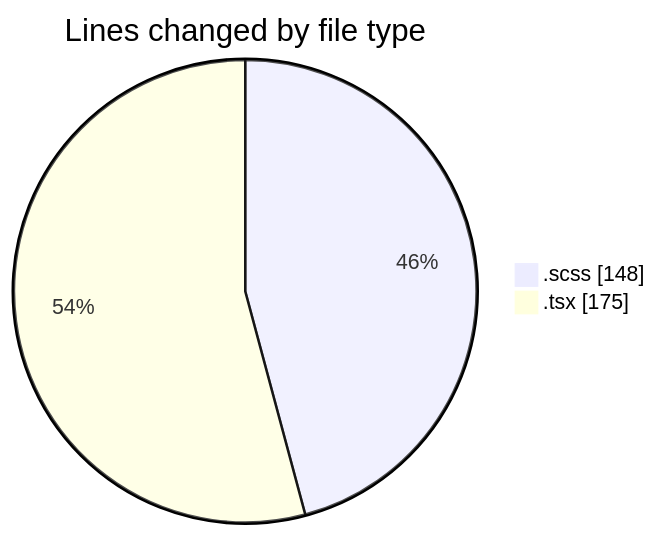
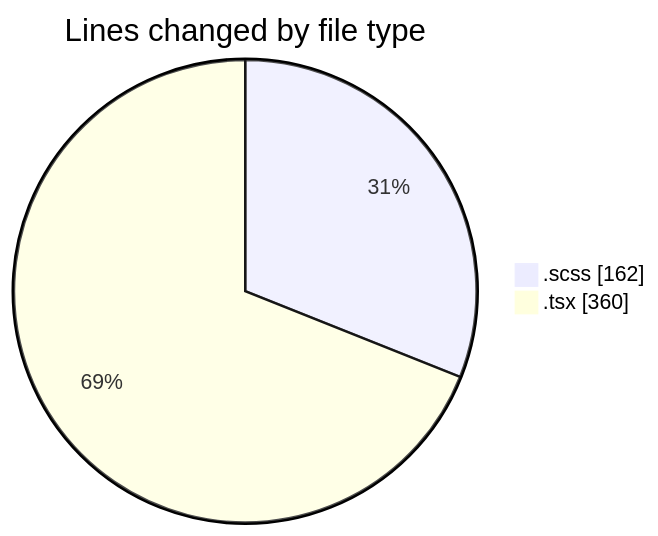
One commit to momahboobian/code-tracking changed the first of 2 diagrams in 2025-03-28/cda/README.md. Above: the diagram before and after it, drawn with Mermaid. The commit also changed other lines of this file and 1 other file, not shown here.

````diff
--- a/2025-03-28/cda/README.md
+++ b/2025-03-28/cda/README.md
@@ -22,6 +23,6 @@
 ```mermaid
 pie showData
 title Lines changed by file type
-".scss" : 148
-".tsx" : 175
+".scss" : 162
+".tsx" : 360
 ```
````
